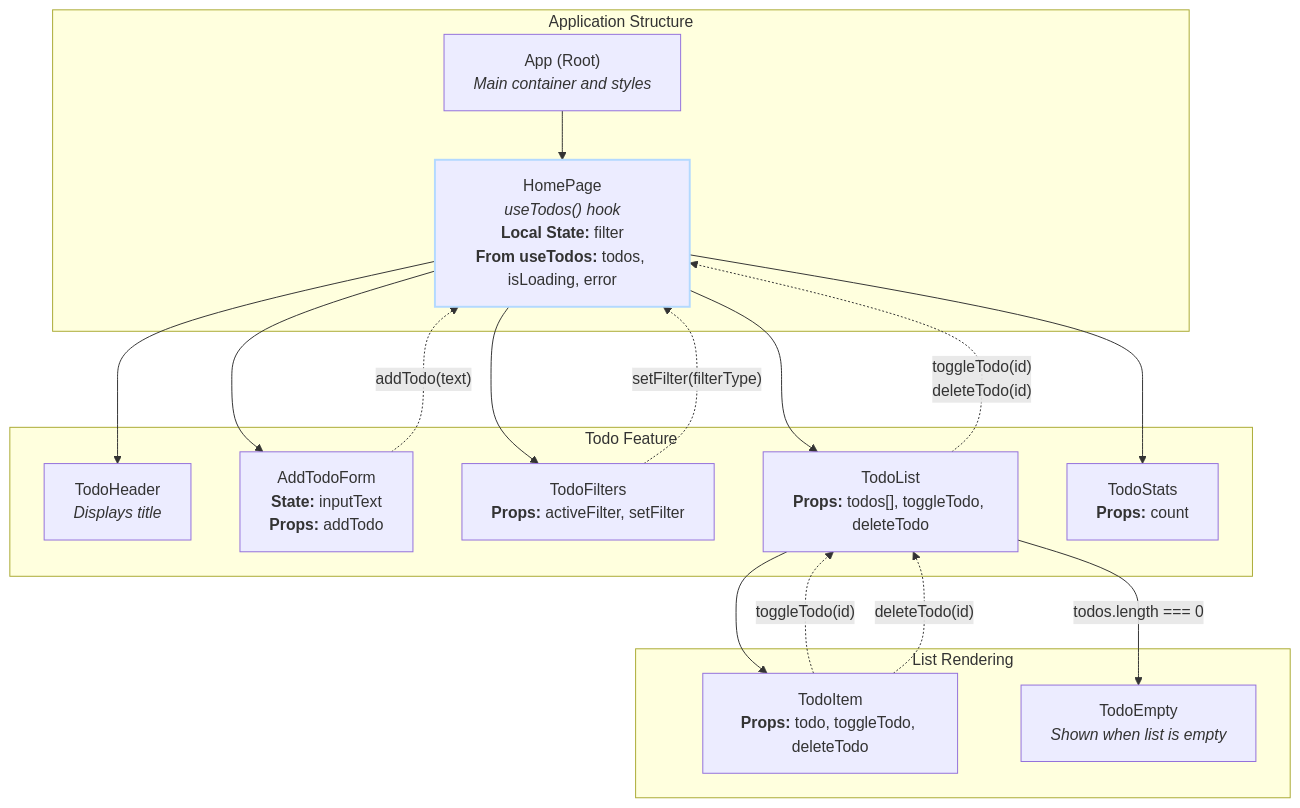
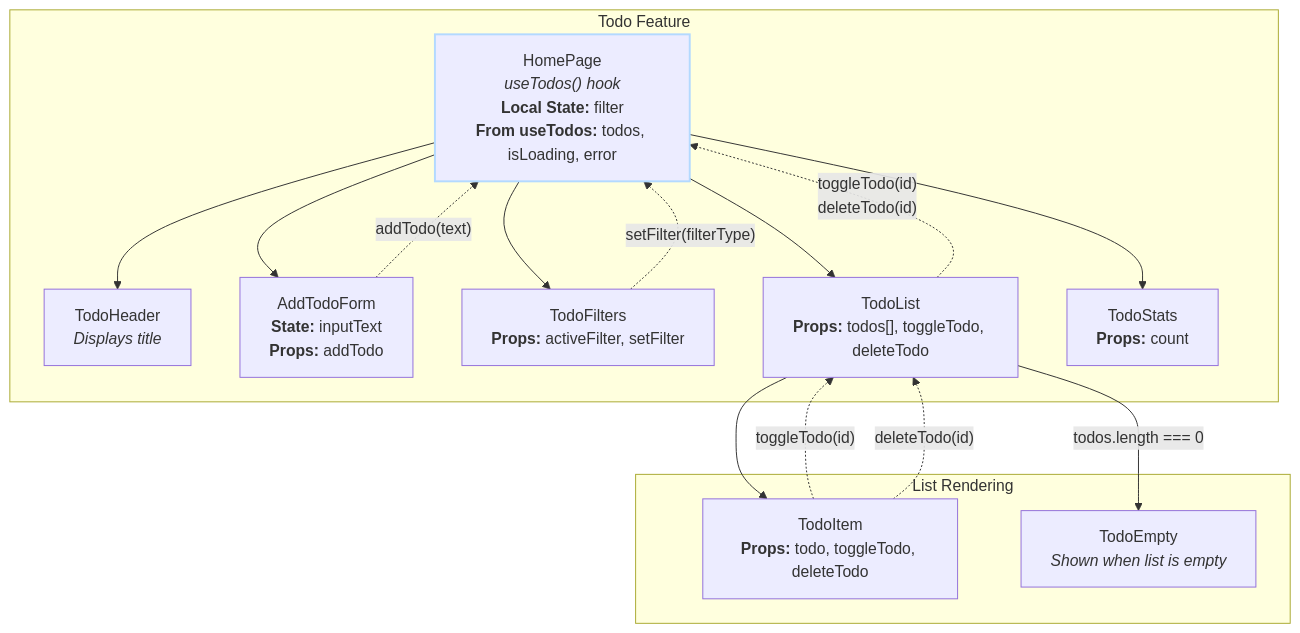
One commit to tosentai/react_lab4-6 changed the diagram in README.md. Above: the diagram before and after it, drawn with Mermaid.

Commit message:
docs: update diagram by removing App node
Removed App node from the diagram and its associated subgraph.

````diff
--- a/README.md
+++ b/README.md
@@ -33,39 +33,34 @@
 ```mermaid
 graph TD;
-    App["App (Root)<br/><i>Main container and styles</i>"]
     HomePage["HomePage<br/><i>useTodos() hook</i><br/><b>Local State:</b> filter<br/><b>From useTodos:</b> todos, isLoading, error"]
     
     TodoHeader["TodoHeader<br/><i>Displays title</i>"]
     AddTodoForm["AddTodoForm<br/><b>State:</b> inputText<br/><b>Props:</b> addTodo"]
     TodoFilters["TodoFilters<br/><b>Props:</b> activeFilter, setFilter"]
     TodoList["TodoList<br/><b>Props:</b> todos[], toggleTodo, deleteTodo"]
     TodoStats["TodoStats<br/><b>Props:</b> count"]
     
     TodoItem["TodoItem<br/><b>Props:</b> todo, toggleTodo, deleteTodo"]
     TodoEmpty["TodoEmpty<br/><i>Shown when list is empty</i>"]
-
-    subgraph "Application Structure"
-        App --> HomePage
-    end
 
     subgraph "Todo Feature"
         HomePage --> TodoHeader
         HomePage --> AddTodoForm
         HomePage --> TodoFilters
         HomePage --> TodoList
         HomePage --> TodoStats
     end
 
     subgraph "List Rendering"
         TodoList --> TodoItem
         TodoList -- "todos.length === 0" --> TodoEmpty
     end
 
     style HomePage stroke:#b3d9ff,stroke-width:2px
     
     AddTodoForm -.->|"addTodo(text)"| HomePage
     TodoFilters -.->|"setFilter(filterType)"| HomePage
     TodoItem -.->|"toggleTodo(id)"| TodoList
     TodoItem -.->|"deleteTodo(id)"| TodoList
     TodoList -.->|"toggleTodo(id)<br/>deleteTodo(id)"| HomePage
 ```
````
